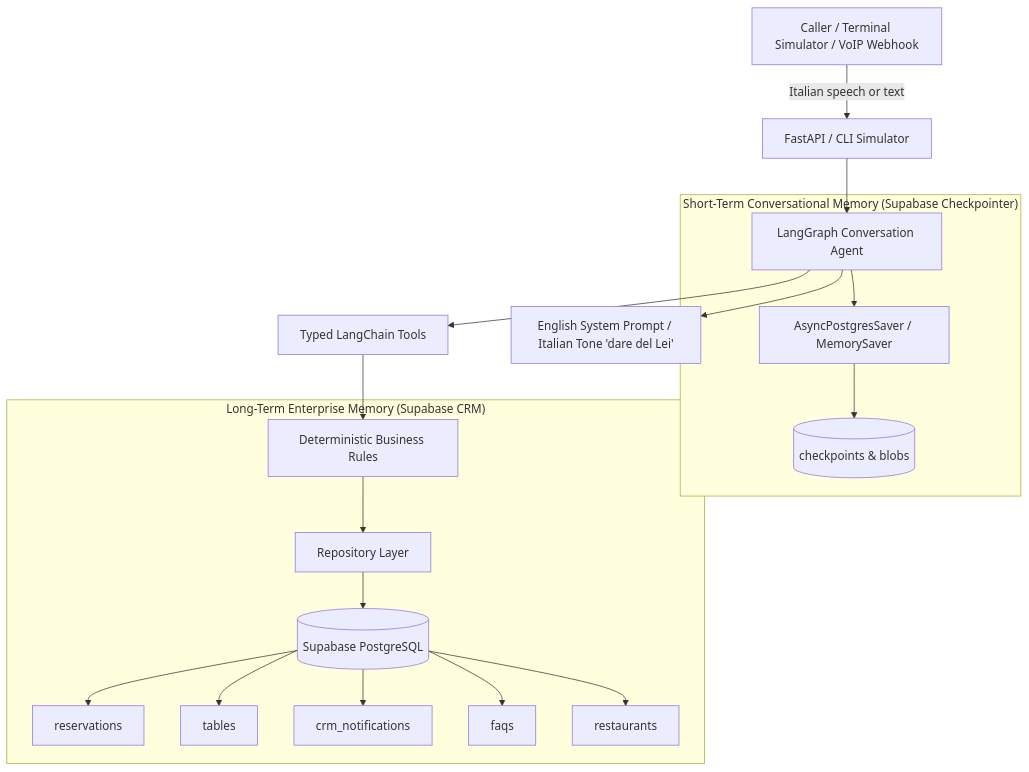
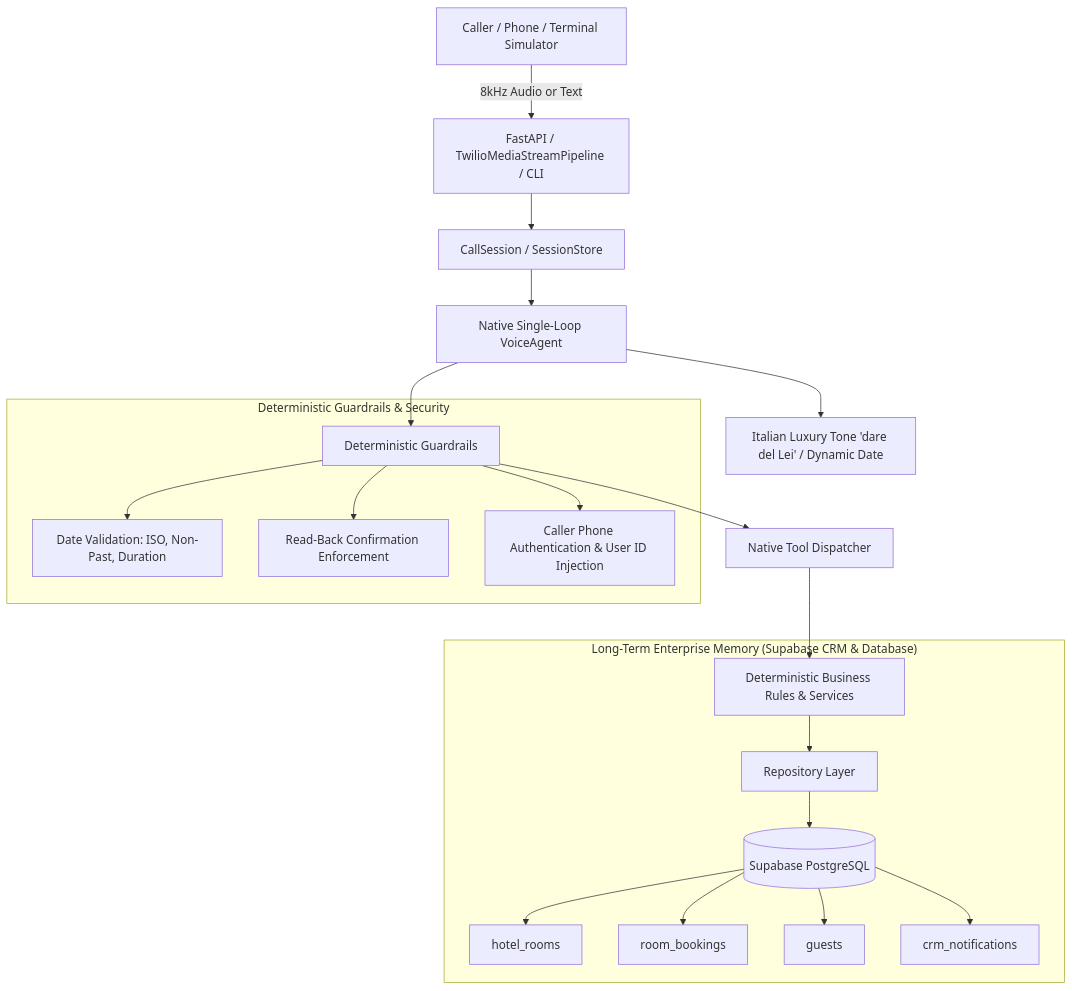
Before and after one commit to Magesh-Sundaravel/Hotel_Voice_Agent: the first of 2 diagrams in README.md, drawn with Mermaid. The commit also changed other lines of this file, not shown here.

Commit message:
docs: update README to reflect native VoiceAgent architecture and guardrails

````diff
--- a/README.md
+++ b/README.md
@@ -13,23 +13,26 @@
 ```mermaid
 flowchart TD
-    Caller[Caller / Terminal Simulator / VoIP Webhook] -->|Italian speech or text| API[FastAPI / CLI Simulator]
-    API --> Agent[LangGraph Conversation Agent]
-    Agent --> Prompts[English System Prompt / Italian Tone 'dare del Lei']
-    Agent --> Tools[Typed LangChain Tools]
-    Tools --> Services[Deterministic Business Rules]
-
-    subgraph "Short-Term Conversational Memory (Supabase Checkpointer)"
-        Agent --> Checkpointer[AsyncPostgresSaver / MemorySaver]
-        Checkpointer --> Checkpoints[(checkpoints & blobs)]
+    Caller[Caller / Phone / Terminal Simulator] -->|8kHz Audio or Text| Pipeline[FastAPI / TwilioMediaStreamPipeline / CLI]
+    Pipeline --> Session[CallSession / SessionStore]
+    Session --> Agent[Native Single-Loop VoiceAgent]
+    Agent --> Prompts[Italian Luxury Tone 'dare del Lei' / Dynamic Date]
+    Agent --> Guardrails[Deterministic Guardrails]
+    
+    subgraph "Deterministic Guardrails & Security"
+        Guardrails --> DateVal[Date Validation: ISO, Non-Past, Duration]
+        Guardrails --> ReadBack[Read-Back Confirmation Enforcement]
+        Guardrails --> Identity[Caller Phone Authentication & User ID Injection]
     end
 
-    subgraph "Long-Term Enterprise Memory (Supabase CRM)"
+    Guardrails --> Tools[Native Tool Dispatcher]
+    Tools --> Services[Deterministic Business Rules & Services]
+
+    subgraph "Long-Term Enterprise Memory (Supabase CRM & Database)"
         Services --> Repositories[Repository Layer]
         Repositories --> SupabaseDB[(Supabase PostgreSQL)]
-        SupabaseDB --> ResTable[reservations]
-        SupabaseDB --> TableTable[tables]
+        SupabaseDB --> RoomsTable[hotel_rooms]
+        SupabaseDB --> RoomBookings[room_bookings]
+        SupabaseDB --> GuestsTable[guests]
         SupabaseDB --> NotifTable[crm_notifications]
-        SupabaseDB --> FAQTable[faqs]
-        SupabaseDB --> RestTable[restaurants]
     end
 ```
````
